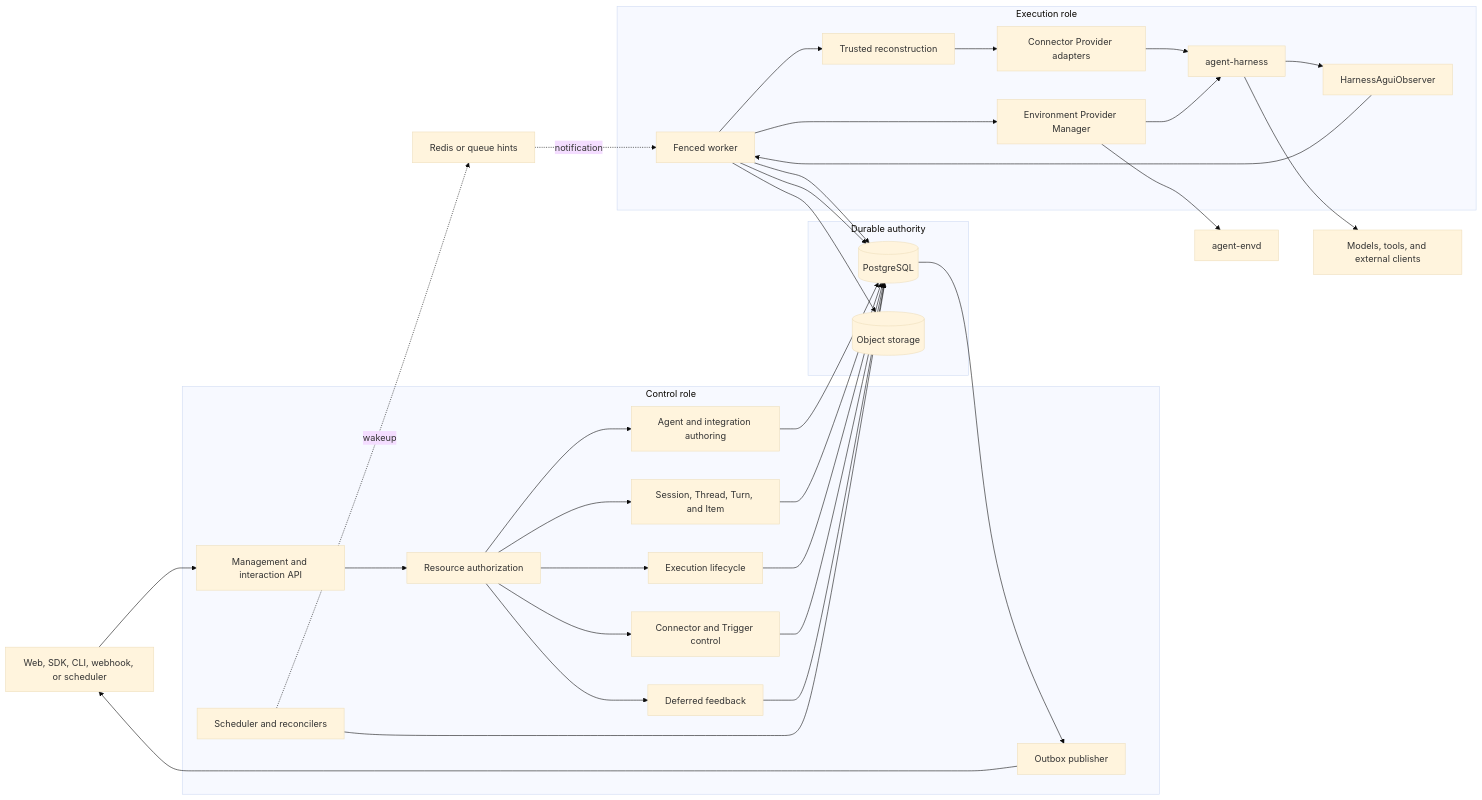
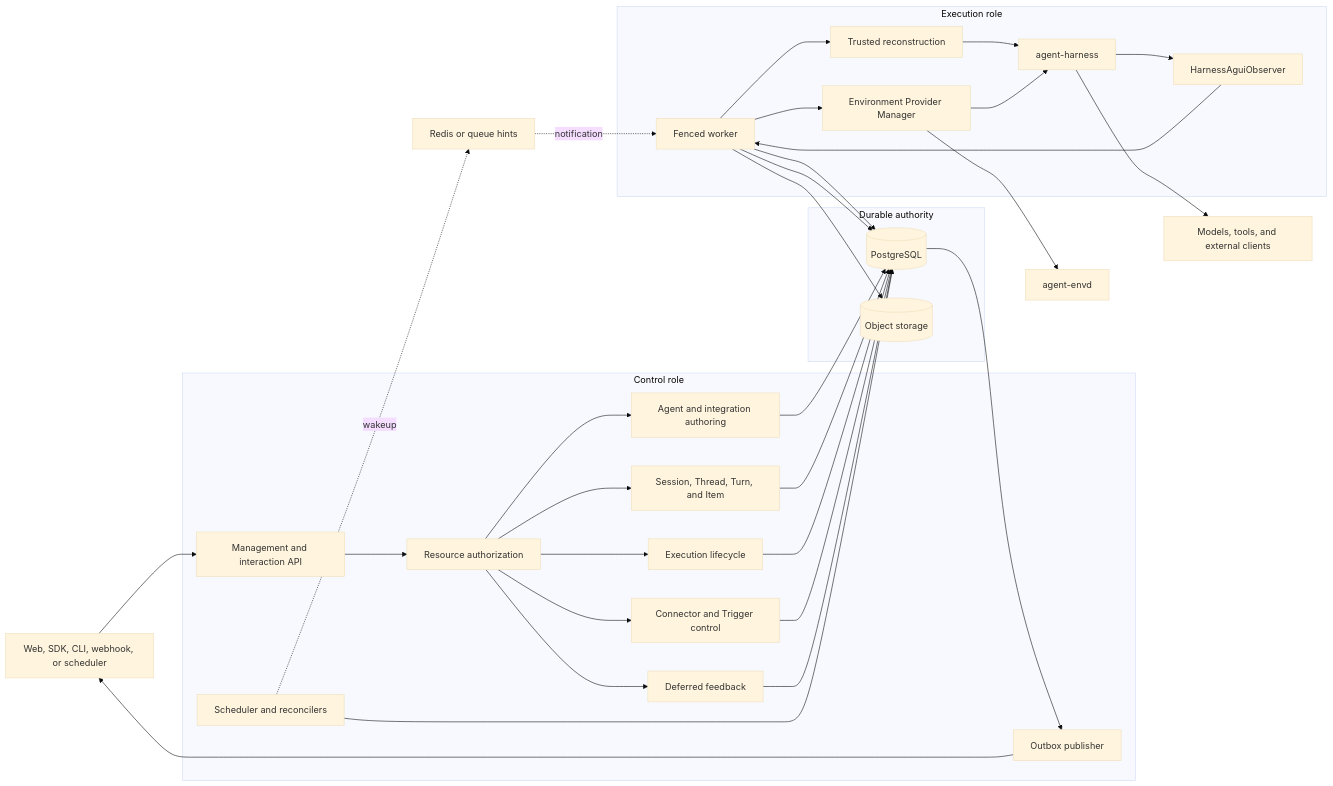
Before and after one commit to converge-ai-labs/agent-foundation: the first of 3 diagrams in spec/foundation-service/00-overview.md, drawn with Mermaid (base theme). The commit also changed 5 other files, not shown here.

````diff
--- a/spec/foundation-service/00-overview.md
+++ b/spec/foundation-service/00-overview.md
@@ -13,49 +13,48 @@
 ```mermaid
 flowchart LR
     Client[Web, SDK, CLI, webhook, or scheduler]
 
     subgraph Control[Control role]
         API[Management and interaction API]
         Auth[Resource authorization]
         Authoring[Agent and integration authoring]
         Interaction[Session, Thread, Turn, and Item]
         Lifecycle[Execution lifecycle]
         ConnectorControl[Connector and Trigger control]
         Scheduler[Scheduler and reconcilers]
         Feedback[Deferred feedback]
         Publisher[Outbox publisher]
     end
 
     subgraph Durable[Durable authority]
         Database[(PostgreSQL)]
         Objects[(Object storage)]
     end
 
     Coordination[Redis or queue hints]
 
     subgraph WorkerRole[Execution role]
         Worker[Fenced worker]
         Reconstruct[Trusted reconstruction]
-        ConnectorRuntime[Connector Provider adapters]
         Provider[Environment Provider Manager]
         Observer[HarnessAguiObserver]
         Harness[agent-harness]
     end
 
     Envd[agent-envd]
     External[Models, tools, and external clients]
 
     Client --> API --> Auth
     Auth --> Authoring & Interaction & Lifecycle & ConnectorControl & Feedback
     Authoring & Interaction & Lifecycle & ConnectorControl & Feedback --> Database
     Scheduler --> Database
     Scheduler -. wakeup .-> Coordination -. notification .-> Worker
     Worker --> Database
-    Worker --> Reconstruct --> ConnectorRuntime --> Harness
+    Worker --> Reconstruct --> Harness
     Worker --> Provider --> Harness
     Provider --> Envd
     Harness --> External
     Harness --> Observer --> Worker
     Worker --> Database & Objects
     Database --> Publisher --> Client
 ```
````
